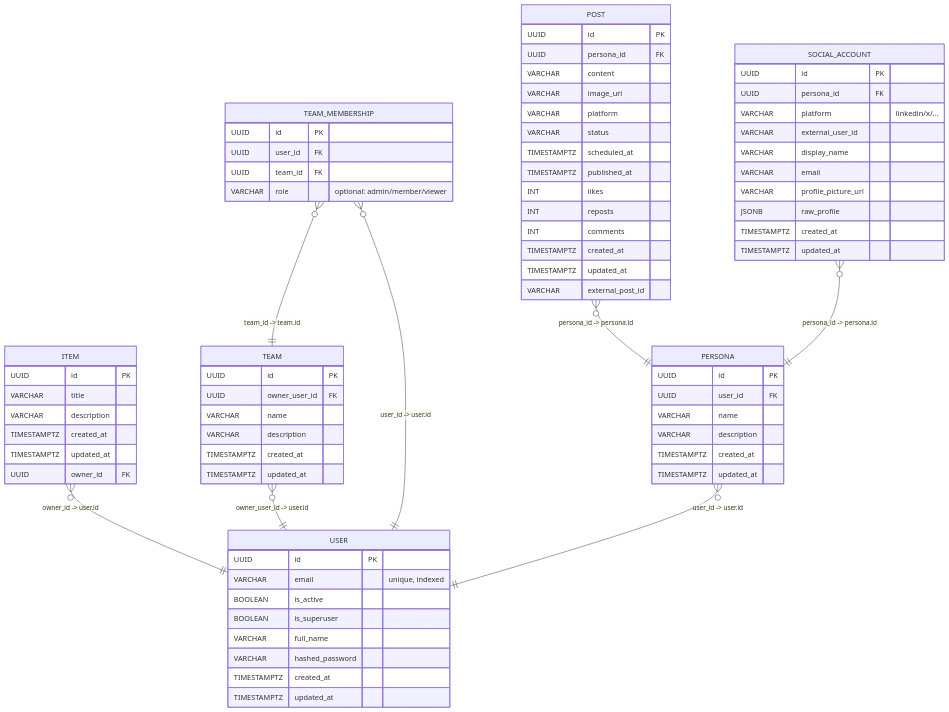
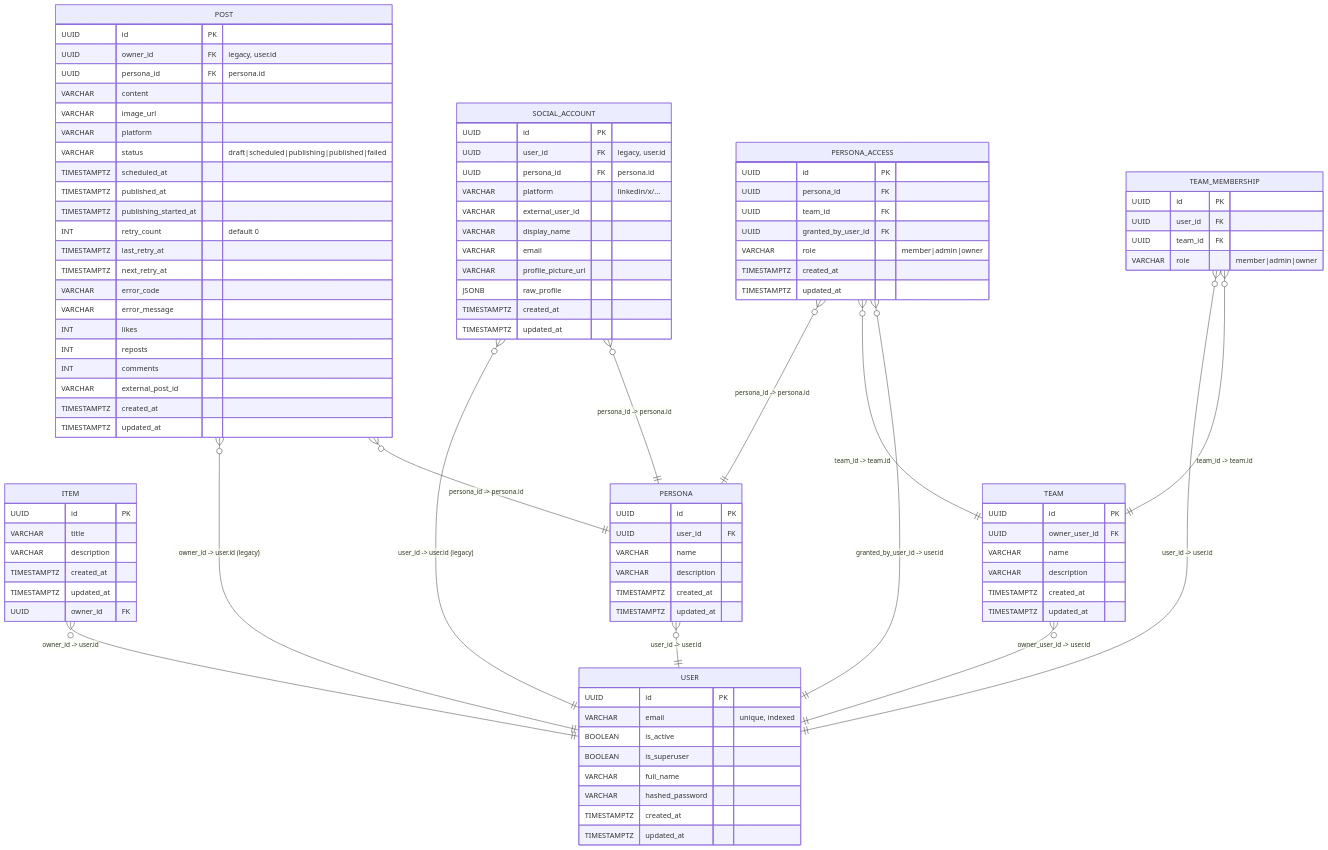
The first of 6 diagrams in backend/app/alembic/README.md (AchuAshwath/LinkX), drawn with Mermaid before and after one commit. The commit also changed other lines of this file and 54 other files, not shown here.

Commit message:
feat(personas): implement persona and team based backend for linkx (#28)

````diff
--- a/backend/app/alembic/README.md
+++ b/backend/app/alembic/README.md
@@ -24,21 +24,51 @@
     UUID owner_id FK
   }
 
+  PERSONA {
+    UUID id PK
+    UUID user_id FK
+    VARCHAR name
+    VARCHAR description
+    TIMESTAMPTZ created_at
+    TIMESTAMPTZ updated_at
+  }
+
   POST {
     UUID id PK
-    UUID persona_id FK
+    UUID owner_id FK "legacy, user.id"
+    UUID persona_id FK "persona.id"
     VARCHAR content
     VARCHAR image_url
     VARCHAR platform
-    VARCHAR status
+    VARCHAR status "draft|scheduled|publishing|published|failed"
     TIMESTAMPTZ scheduled_at
     TIMESTAMPTZ published_at
+    TIMESTAMPTZ publishing_started_at
+    INT retry_count "default 0"
+    TIMESTAMPTZ last_retry_at
+    TIMESTAMPTZ next_retry_at
+    VARCHAR error_code
+    VARCHAR error_message
     INT likes
     INT reposts
     INT comments
+    VARCHAR external_post_id
     TIMESTAMPTZ created_at
     TIMESTAMPTZ updated_at
-    VARCHAR external_post_id
+  }
+
+  SOCIAL_ACCOUNT {
+    UUID id PK
+    UUID user_id FK "legacy, user.id"
+    UUID persona_id FK "persona.id"
+    VARCHAR platform "linkedin/x/..."
+    VARCHAR external_user_id
+    VARCHAR display_name
+    VARCHAR email
+    VARCHAR profile_picture_url
+    JSONB raw_profile
+    TIMESTAMPTZ created_at
+    TIMESTAMPTZ updated_at
   }
 
   TEAM {
@@ -54,39 +84,33 @@
     UUID id PK
     UUID user_id FK
     UUID team_id FK
-    VARCHAR role "optional: admin/member/viewer"
+    VARCHAR role "member|admin|owner"
   }
 
-  PERSONA {
-    UUID id PK
-    UUID user_id FK
-    VARCHAR name
-    VARCHAR description
-    TIMESTAMPTZ created_at
-    TIMESTAMPTZ updated_at
-  }
-
-  SOCIAL_ACCOUNT {
+  PERSONA_ACCESS {
     UUID id PK
     UUID persona_id FK
-    VARCHAR platform "linkedin/x/..."
-    VARCHAR external_user_id
-    VARCHAR display_name
-    VARCHAR email
-    VARCHAR profile_picture_url
-    JSONB raw_profile
+    UUID team_id FK
+    UUID granted_by_user_id FK
+    VARCHAR role "member|admin|owner"
     TIMESTAMPTZ created_at
     TIMESTAMPTZ updated_at
   }
 
   %% Foreign key relationships (with columns)
   ITEM }o--|| USER : "owner_id -> user.id"
+  POST }o--|| USER : "owner_id -> user.id (legacy)"
   POST }o--|| PERSONA : "persona_id -> persona.id"
+
+  PERSONA }o--|| USER : "user_id -> user.id"
+  SOCIAL_ACCOUNT }o--|| USER : "user_id -> user.id (legacy)"
+  SOCIAL_ACCOUNT }o--|| PERSONA : "persona_id -> persona.id"
 
   TEAM }o--|| USER : "owner_user_id -> user.id"
   TEAM_MEMBERSHIP }o--|| USER : "user_id -> user.id"
   TEAM_MEMBERSHIP }o--|| TEAM : "team_id -> team.id"
 
-  PERSONA }o--|| USER : "user_id -> user.id"
-  SOCIAL_ACCOUNT }o--|| PERSONA : "persona_id -> persona.id"
+  PERSONA_ACCESS }o--|| PERSONA : "persona_id -> persona.id"
+  PERSONA_ACCESS }o--|| TEAM : "team_id -> team.id"
+  PERSONA_ACCESS }o--|| USER : "granted_by_user_id -> user.id"
 ```
````
